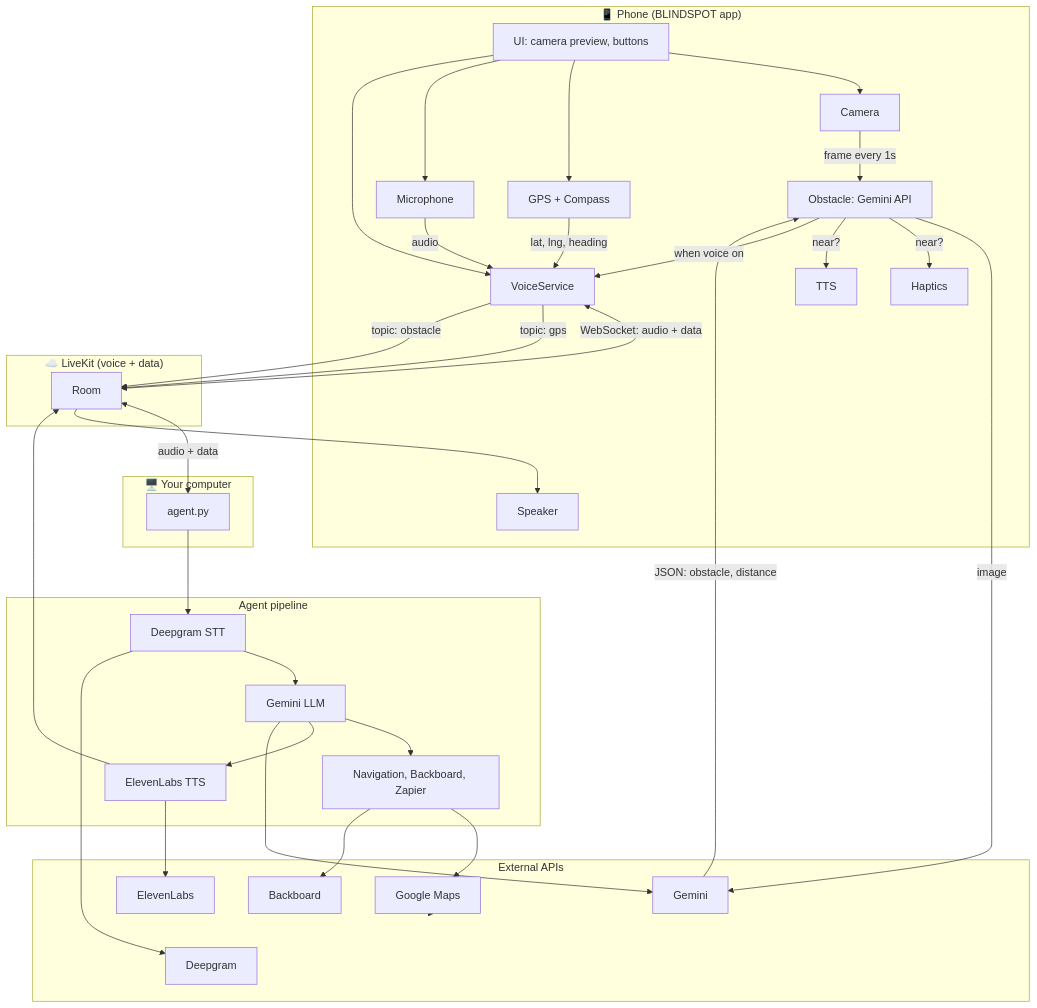
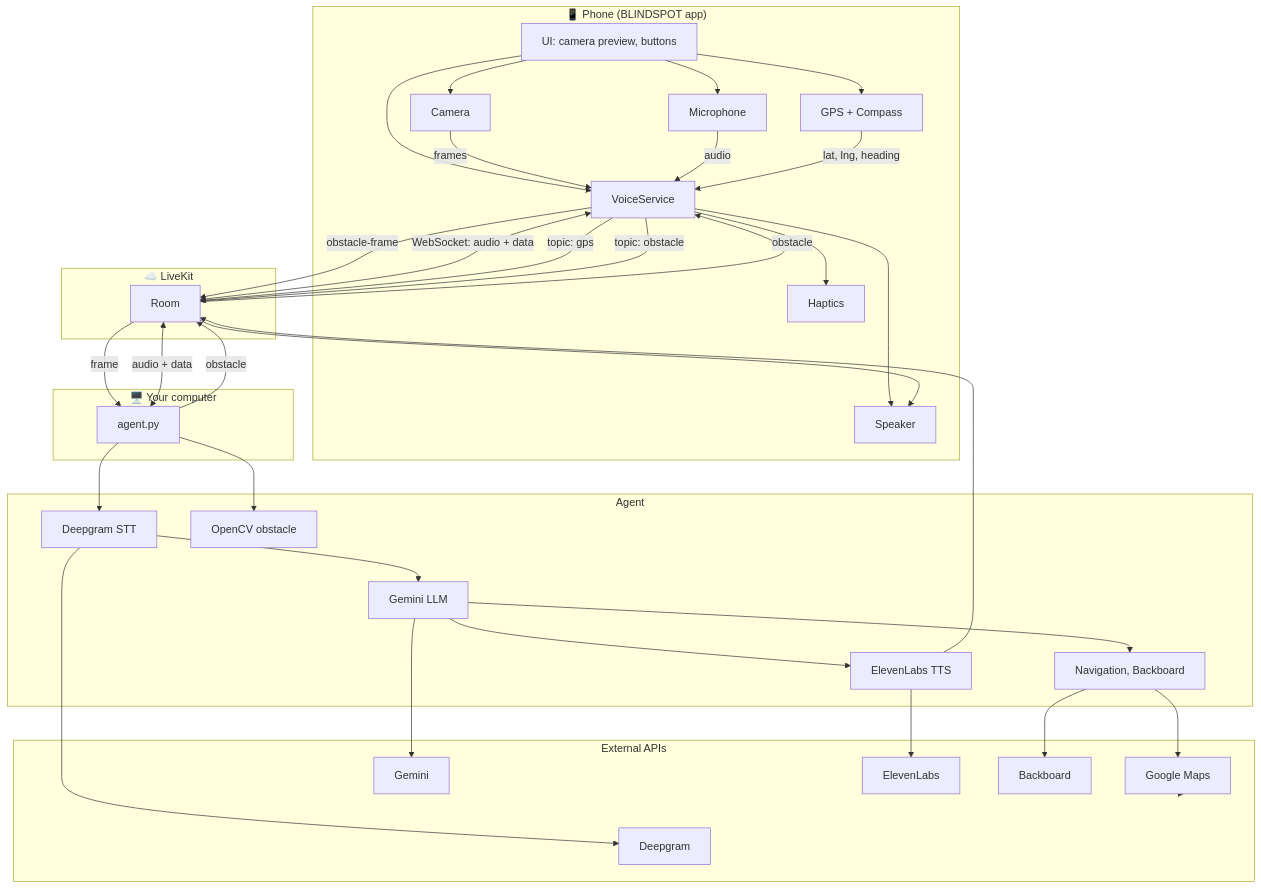
The diagram in README.md (benz16107/BlindSpot), drawn with Mermaid before and after one commit. The commit also changed other lines of this file and 27 other files, not shown here.

````diff
--- a/README.md
+++ b/README.md
@@ -11,70 +23,70 @@
 ```mermaid
 flowchart TB
   subgraph phone["📱 Phone (BLINDSPOT app)"]
     UI[UI: camera preview, buttons]
     CAM[Camera]
     GPS[GPS + Compass]
     MIC[Microphone]
     SPEAKER[Speaker]
     HAPTIC[Haptics]
-    TTS[TTS]
-    OBST_LOCAL[Obstacle: Gemini API]
     VOICE_SVC[VoiceService]
   end
 
-  subgraph cloud["☁️ LiveKit (voice + data)"]
+  subgraph cloud["☁️ LiveKit"]
     ROOM[Room]
   end
 
   subgraph server["🖥️ Your computer"]
     AGENT[agent.py]
   end
 
-  subgraph agent_internals["Agent pipeline"]
+  subgraph agent_internals["Agent"]
     STT[Deepgram STT]
     LLM[Gemini LLM]
     TTS_EL[ElevenLabs TTS]
-    TOOLS[Navigation, Backboard, Zapier]
+    OBST[OpenCV obstacle]
+    TOOLS[Navigation, Backboard]
   end
 
   subgraph apis["External APIs"]
     GMAPS[Google Maps]
     DEEP[Deepgram]
     GEMINI[Gemini]
     ELEVEN[ElevenLabs]
     BACK[Backboard]
   end
 
   UI --> CAM
   UI --> GPS
   UI --> MIC
   UI --> VOICE_SVC
-
-  CAM -->|frame every 1s| OBST_LOCAL
-  OBST_LOCAL -->|image| GEMINI
-  GEMINI -->|JSON: obstacle, distance| OBST_LOCAL
-  OBST_LOCAL -->|near?| HAPTIC
-  OBST_LOCAL -->|near?| TTS
-  OBST_LOCAL -->|when voice on| VOICE_SVC
+  CAM -->|frames| VOICE_SVC
+  VOICE_SVC -->|obstacle-frame| ROOM
+  ROOM -->|frame| AGENT
+  AGENT --> OBST
+  AGENT -->|obstacle| ROOM
+  ROOM -->|obstacle| VOICE_SVC
+  VOICE_SVC --> HAPTIC
+  VOICE_SVC --> SPEAKER
 
   MIC -->|audio| VOICE_SVC
   VOICE_SVC <-->|WebSocket: audio + data| ROOM
   GPS -->|lat, lng, heading| VOICE_SVC
   VOICE_SVC -->|topic: gps| ROOM
   VOICE_SVC -->|topic: obstacle| ROOM
 
   ROOM <-->|audio + data| AGENT
   AGENT --> STT
   STT --> LLM
   LLM --> TOOLS
   TOOLS --> GMAPS
   TOOLS --> BACK
   LLM --> TTS_EL
   TTS_EL --> ROOM
   ROOM --> SPEAKER
 
   STT --> DEEP
   LLM --> GEMINI
   TTS_EL --> ELEVEN
   GMAPS --> apis
 ```
````
